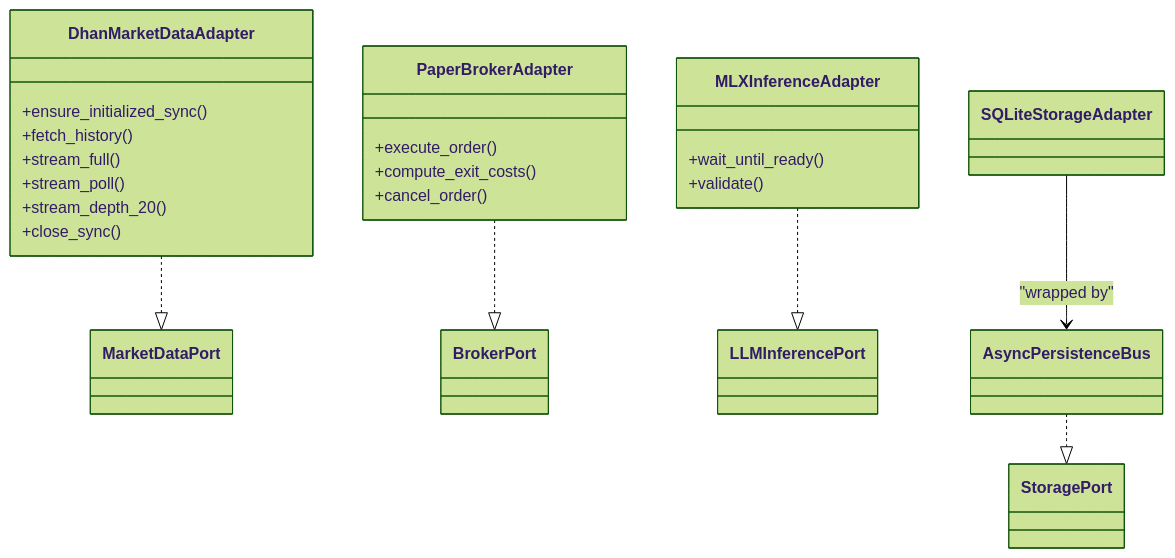
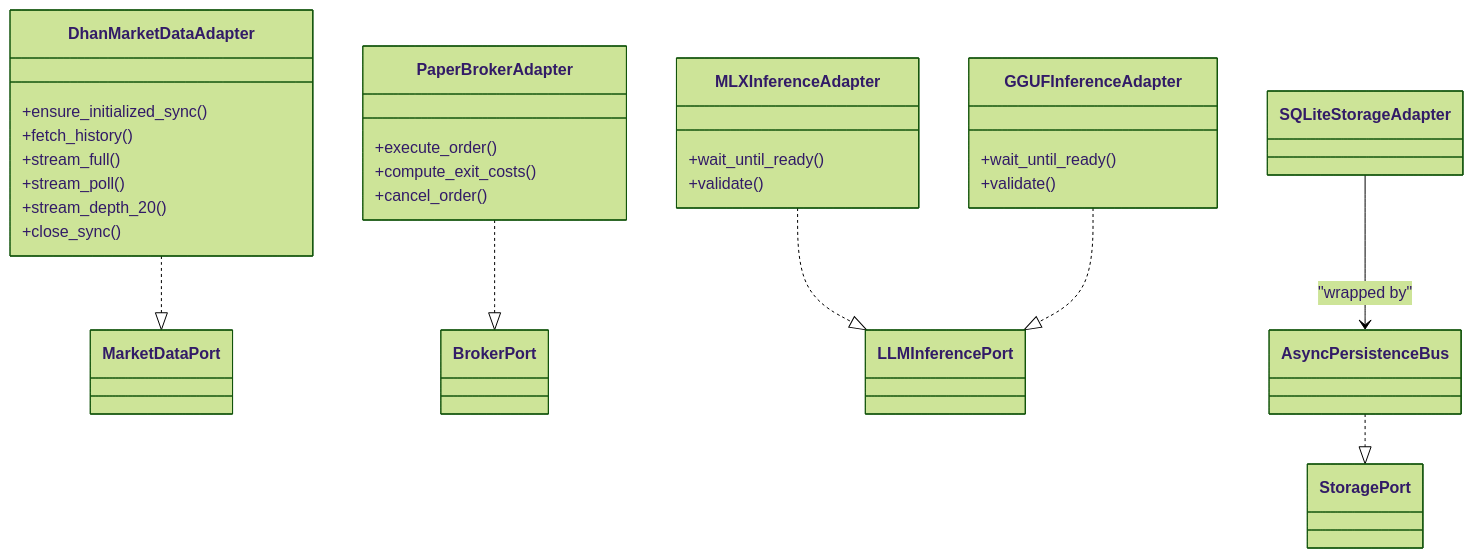
Before and after one commit to gemrajkhatry-maker/v5-of-glassytrade-ai: the fifth of 9 diagrams in .qoder/repowiki/en/content/Backend Application/Service Architecture.md, drawn with Mermaid (forest theme). The commit also changed other lines of this file and 930 other files, not shown here.

````diff
--- a/.qoder/repowiki/en/content/Backend Application/Service Architecture.md
+++ b/.qoder/repowiki/en/content/Backend Application/Service Architecture.md
@@ -298,31 +362,36 @@
 ```mermaid
 classDiagram
 class MarketDataPort
 class BrokerPort
 class LLMInferencePort
 class StoragePort
 class DhanMarketDataAdapter {
 +ensure_initialized_sync()
 +fetch_history()
 +stream_full()
 +stream_poll()
 +stream_depth_20()
 +close_sync()
 }
 class PaperBrokerAdapter {
 +execute_order()
 +compute_exit_costs()
 +cancel_order()
 }
 class MLXInferenceAdapter {
 +wait_until_ready()
 +validate()
 }
+class GGUFInferenceAdapter {
++wait_until_ready()
++validate()
+}
 class SQLiteStorageAdapter
 class AsyncPersistenceBus
 DhanMarketDataAdapter ..|> MarketDataPort
 PaperBrokerAdapter ..|> BrokerPort
 MLXInferenceAdapter ..|> LLMInferencePort
+GGUFInferenceAdapter ..|> LLMInferencePort
 SQLiteStorageAdapter --> AsyncPersistenceBus : "wrapped by"
 AsyncPersistenceBus ..|> StoragePort
 ```
````
